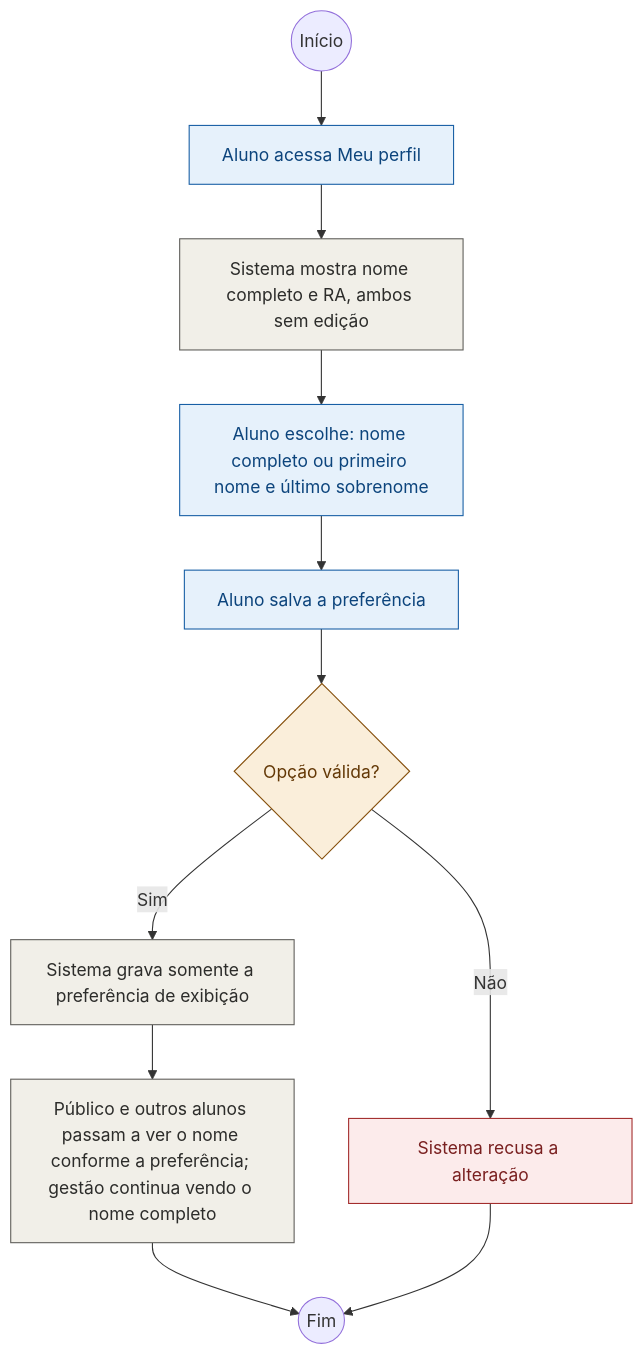
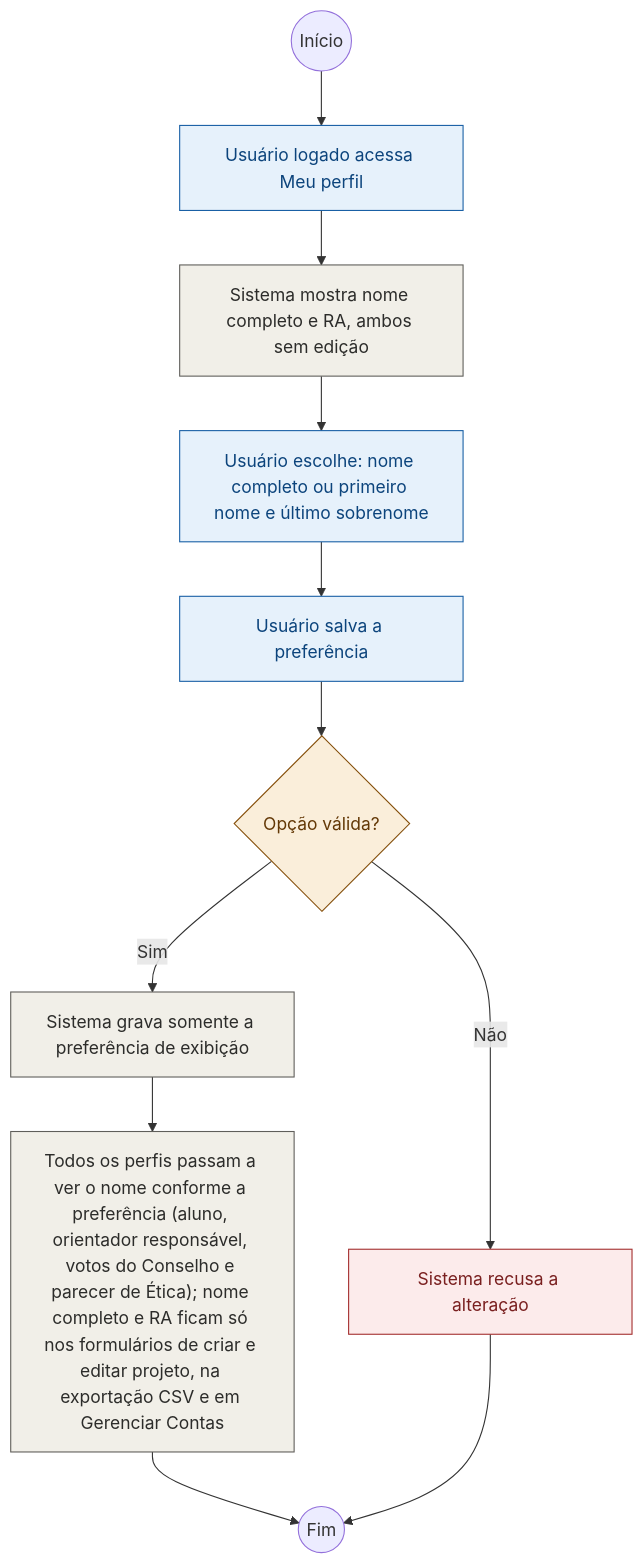
The diagram in documentos/atividades/08-exibicao-nome-perfil.mmd (HevertonMarques/desweb_rep), drawn with Mermaid before and after one commit. The commit also changed 6 other files, not shown here.

```diff
--- a/documentos/atividades/08-exibicao-nome-perfil.mmd
+++ b/documentos/atividades/08-exibicao-nome-perfil.mmd
@@ -1,19 +1,19 @@
 flowchart TD
-  ini(("Início")) --> a1["Aluno acessa Meu perfil"]
+  ini(("Início")) --> a1["Usuário logado acessa Meu perfil"]
   a1 --> s1["Sistema mostra nome completo e RA, ambos sem edição"]
-  s1 --> a2["Aluno escolhe: nome completo ou primeiro nome e último sobrenome"]
-  a2 --> a3["Aluno salva a preferência"]
+  s1 --> a2["Usuário escolhe: nome completo ou primeiro nome e último sobrenome"]
+  a2 --> a3["Usuário salva a preferência"]
   a3 --> d1{"Opção válida?"}
   d1 -- Não --> e1["Sistema recusa a alteração"]
   d1 -- Sim --> s2["Sistema grava somente a preferência de exibição"]
-  s2 --> s3["Público e outros alunos passam a ver o nome conforme a preferência; gestão continua vendo o nome completo"]
+  s2 --> s3["Todos os perfis passam a ver o nome conforme a preferência (aluno, orientador responsável, votos do Conselho e parecer de Ética); nome completo e RA ficam só nos formulários de criar e editar projeto, na exportação CSV e em Gerenciar Contas"]
   s3 --> fim((Fim))
   e1 --> fim
   classDef ator fill:#E6F1FB,stroke:#185FA5,color:#0C447C
   classDef sis fill:#F1EFE8,stroke:#5F5E5A,color:#2C2C2A
   classDef dec fill:#FAEEDA,stroke:#854F0B,color:#633806
   classDef err fill:#FCEBEB,stroke:#A32D2D,color:#791F1F
   class a1,a2,a3 ator
   class s1,s2,s3 sis
   class d1 dec
   class e1 err
```
